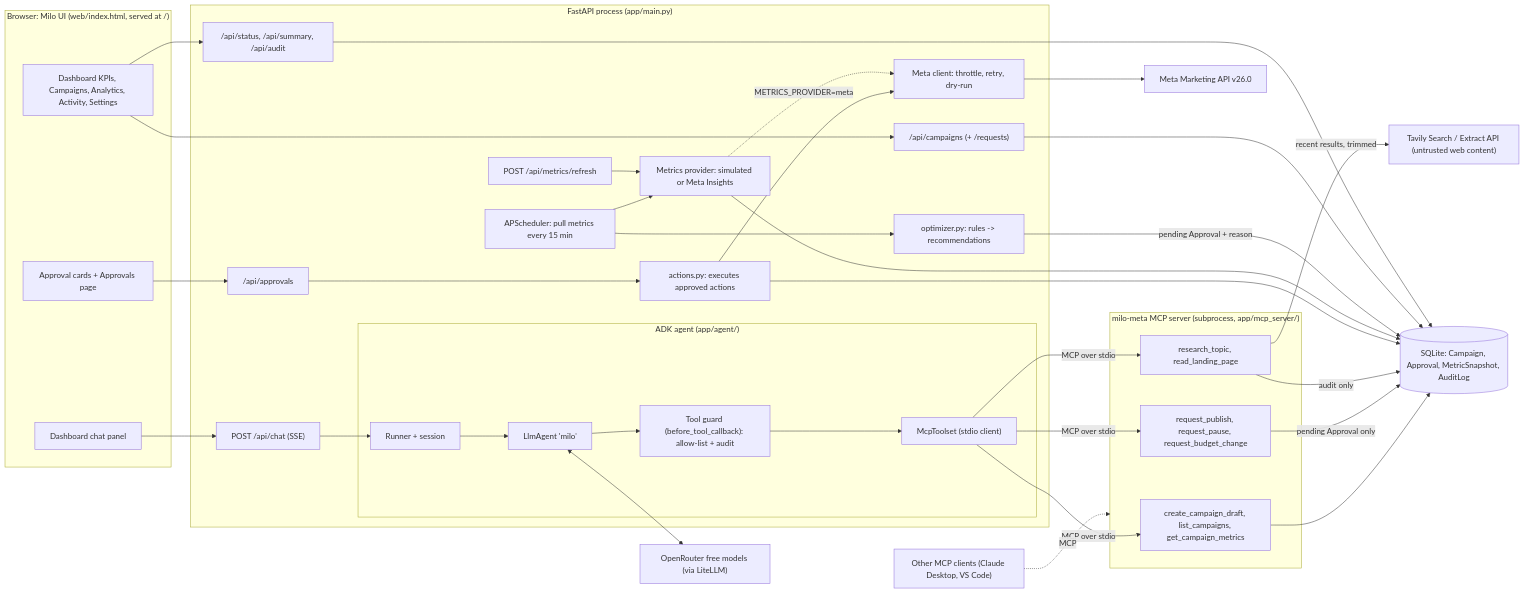
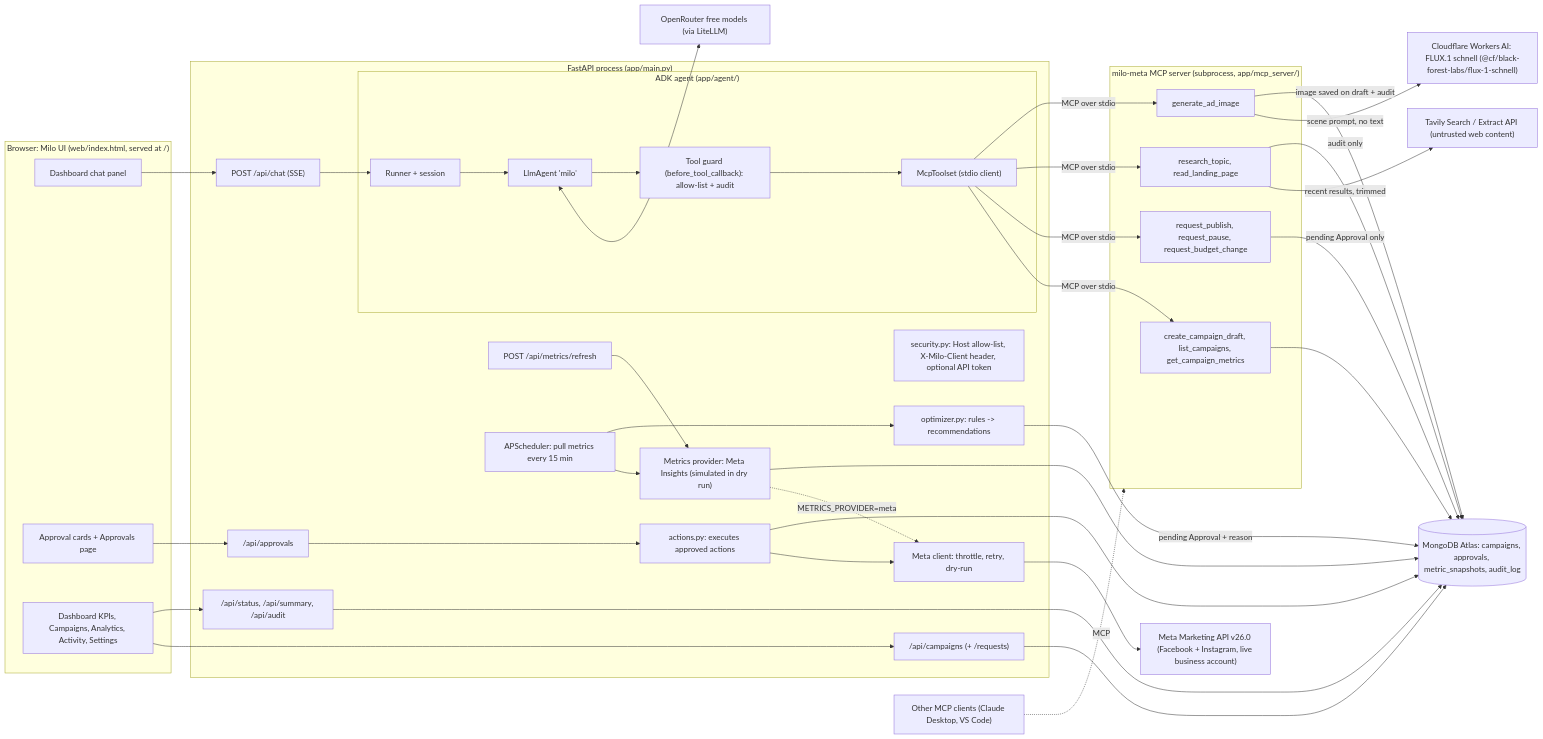
One commit to Deora88/milo-marketing-agent changed the first of 9 diagrams in ARCHITECTURE.md. Above: the diagram before and after it, drawn with Mermaid. The commit also changed other lines of this file and 47 other files, not shown here.

Commit message:
MongoDB, live FB+IG with spend safety, review fixes, FLUX.1 [schnell] ad images

````diff
--- a/ARCHITECTURE.md
+++ b/ARCHITECTURE.md
@@ -14,64 +14,71 @@
 ```mermaid
 flowchart LR
     subgraph Browser["Browser: Milo UI (web/index.html, served at /)"]
         UI_CHAT["Dashboard chat panel"]
         UI_CARD["Approval cards + Approvals page"]
         UI_DASH["Dashboard KPIs, Campaigns, Analytics, Activity, Settings"]
     end
 
     subgraph Backend["FastAPI process (app/main.py)"]
         API_CHAT["POST /api/chat (SSE)"]
         API_APPR["/api/approvals"]
         API_CAMP["/api/campaigns (+ /requests)"]
         API_INS["/api/status, /api/summary, /api/audit"]
         API_METR["POST /api/metrics/refresh"]
 
         subgraph Agent["ADK agent (app/agent/)"]
             RUNNER["Runner + session"]
             MILO["LlmAgent 'milo'"]
             GUARD["Tool guard (before_tool_callback): allow-list + audit"]
             TOOLSET["McpToolset (stdio client)"]
         end
 
         ACTIONS["actions.py: executes approved actions"]
         METACLIENT["Meta client: throttle, retry, dry-run"]
-        PROVIDER["Metrics provider: simulated or Meta Insights"]
+        PROVIDER["Metrics provider: Meta Insights (simulated in dry run)"]
+        SEC["security.py: Host allow-list, X-Milo-Client header, optional API token"]
         JOB["APScheduler: pull metrics every 15 min"]
         OPT["optimizer.py: rules -> recommendations"]
     end
 
     subgraph MCP["milo-meta MCP server (subprocess, app/mcp_server/)"]
         T_READ["create_campaign_draft, list_campaigns, get_campaign_metrics"]
         T_REQ["request_publish, request_pause, request_budget_change"]
         T_WEB["research_topic, read_landing_page"]
+        T_IMG["generate_ad_image"]
     end
+
+    FLUX["Cloudflare Workers AI: FLUX.1 schnell (@cf/black-forest-labs/flux-1-schnell)"]
 
     TAVILY["Tavily Search / Extract API (untrusted web content)"]
 
-    DB[("SQLite: Campaign, Approval, MetricSnapshot, AuditLog")]
+    DB[("MongoDB Atlas: campaigns, approvals, metric_snapshots, audit_log")]
     LLM["OpenRouter free models (via LiteLLM)"]
-    META["Meta Marketing API v26.0"]
+    META["Meta Marketing API v26.0 (Facebook + Instagram, live business account)"]
     OTHER["Other MCP clients (Claude Desktop, VS Code)"]
 
     UI_CHAT --> API_CHAT --> RUNNER --> MILO
     MILO <--> LLM
     MILO --> GUARD --> TOOLSET
     TOOLSET -- "MCP over stdio" --> T_READ
     TOOLSET -- "MCP over stdio" --> T_REQ
     OTHER -. "MCP" .-> MCP
     T_READ --> DB
     T_REQ -- "pending Approval only" --> DB
     TOOLSET -- "MCP over stdio" --> T_WEB
     T_WEB -- "recent results, trimmed" --> TAVILY
     T_WEB -- "audit only" --> DB
+    TOOLSET -- "MCP over stdio" --> T_IMG
+    T_IMG -- "scene prompt, no text" --> FLUX
+    T_IMG -- "image saved on draft + audit" --> DB
     UI_CARD --> API_APPR --> ACTIONS --> METACLIENT --> META
     ACTIONS --> DB
     JOB --> PROVIDER
     API_METR --> PROVIDER
     PROVIDER -. "METRICS_PROVIDER=meta" .-> METACLIENT
     PROVIDER --> DB
     JOB --> OPT
     OPT -- "pending Approval + reason" --> DB
     UI_DASH --> API_CAMP --> DB
     UI_DASH --> API_INS --> DB
 ```
````
